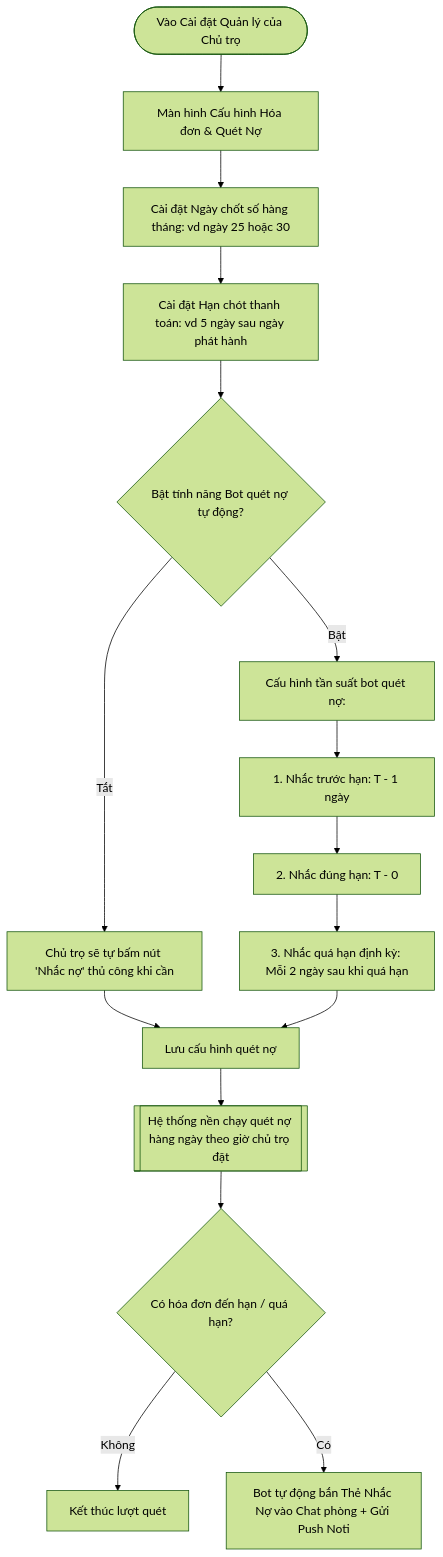
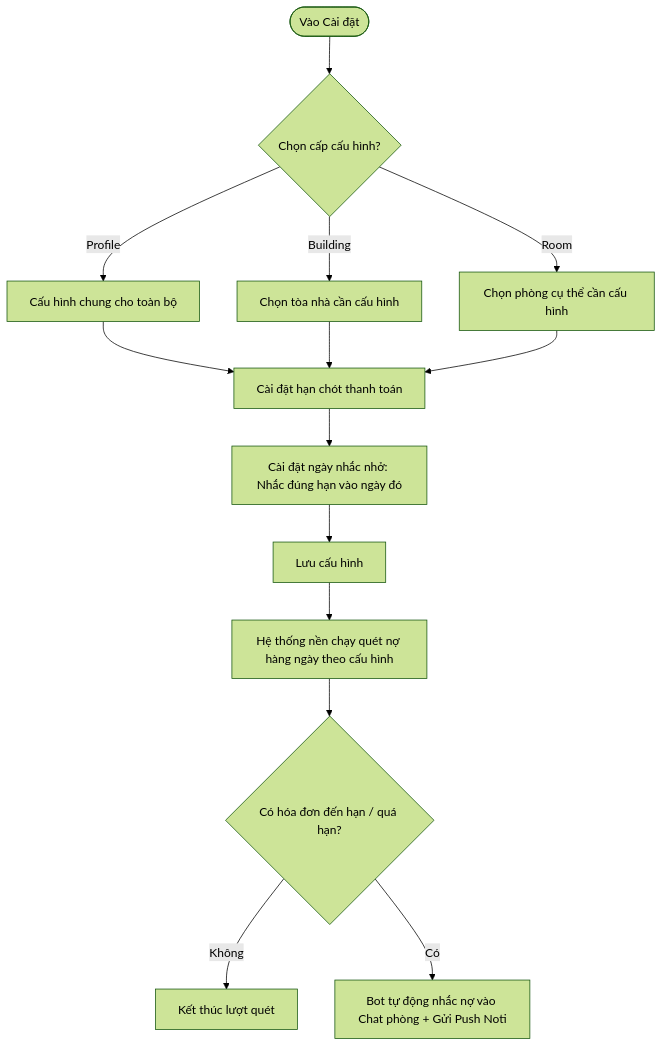
The sixth of 8 diagrams in phase-1/discovery/user_flow/landlord_user_flow.md (pbl6-home-renter/docs), drawn with Mermaid (forest theme) before and after one commit. The commit also changed other lines of this file and 6 other files, not shown here.

````diff
--- a/phase-1/discovery/user_flow/landlord_user_flow.md
+++ b/phase-1/discovery/user_flow/landlord_user_flow.md
@@ -214,25 +200,21 @@
 ```mermaid
 flowchart TD
-    StartDebtConfig([Vào Cài đặt Quản lý của Chủ trọ]) --> OpenBillingConfig[Màn hình Cấu hình Hóa đơn & Quét Nợ]
+    StartDebtConfig([Vào Cài đặt]) --> ChooseLevel{Chọn cấp cấu hình?}
     
-    OpenBillingConfig --> SetClosingDay[Cài đặt Ngày chốt số hàng tháng: vd ngày 25 hoặc 30]
-    SetClosingDay --> SetDueDate[Cài đặt Hạn chót thanh toán: vd 5 ngày sau ngày phát hành]
+    ChooseLevel -->|Profile| ProfileConfig[Cấu hình chung cho toàn bộ]
+    ChooseLevel -->|Building| BuildingConfig[Chọn tòa nhà cần cấu hình]
+    ChooseLevel -->|Room| RoomConfig[Chọn phòng cụ thể cần cấu hình]
     
-    SetDueDate --> SetupReminderCron{Bật tính năng Bot quét nợ tự động?}
+    ProfileConfig --> SetDueDate[Cài đặt hạn chót thanh toán]
+    BuildingConfig --> SetDueDate
+    RoomConfig --> SetDueDate
     
-    SetupReminderCron -->|Tắt| ManualOnly[Chủ trọ sẽ tự bấm nút 'Nhắc nợ' thủ công khi cần]
+    SetDueDate --> SetReminder[Cài đặt ngày nhắc nhở: Nhắc đúng hạn vào ngày đó]
+    SetReminder --> SaveSettings[Lưu cấu hình]
     
-    SetupReminderCron -->|Bật| ConfigCronRules[Cấu hình tần suất bot quét nợ:]
-    ConfigCronRules --> Rule1[1. Nhắc trước hạn: T - 1 ngày]
-    Rule1 --> Rule2[2. Nhắc đúng hạn: T - 0]
-    Rule2 --> Rule3[3. Nhắc quá hạn định kỳ: Mỗi 2 ngày sau khi quá hạn]
-    
-    ManualOnly --> SaveDebtSettings[Lưu cấu hình quét nợ]
-    Rule3 --> SaveDebtSettings
-    
-    SaveDebtSettings --> RunAutoCron[[Hệ thống nền chạy quét nợ hàng ngày theo giờ chủ trọ đặt]]
+    SaveSettings --> RunAutoCron[Hệ thống nền chạy quét nợ hàng ngày theo cấu hình]
     
     RunAutoCron --> CheckOverdueBills{Có hóa đơn đến hạn / quá hạn?}
     CheckOverdueBills -->|Không| SleepCron[Kết thúc lượt quét]
-    CheckOverdueBills -->|Có| TriggerBotReminder[Bot tự động bắn Thẻ Nhắc Nợ vào Chat phòng + Gửi Push Noti]
+    CheckOverdueBills -->|Có| TriggerBotReminder[Bot tự động nhắc nợ vào Chat phòng + Gửi Push Noti]
 ```
````
